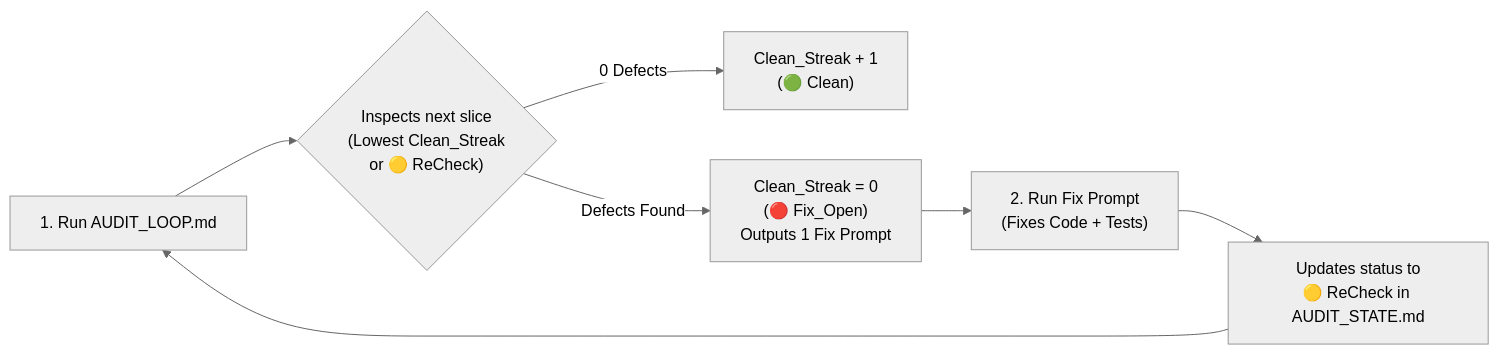
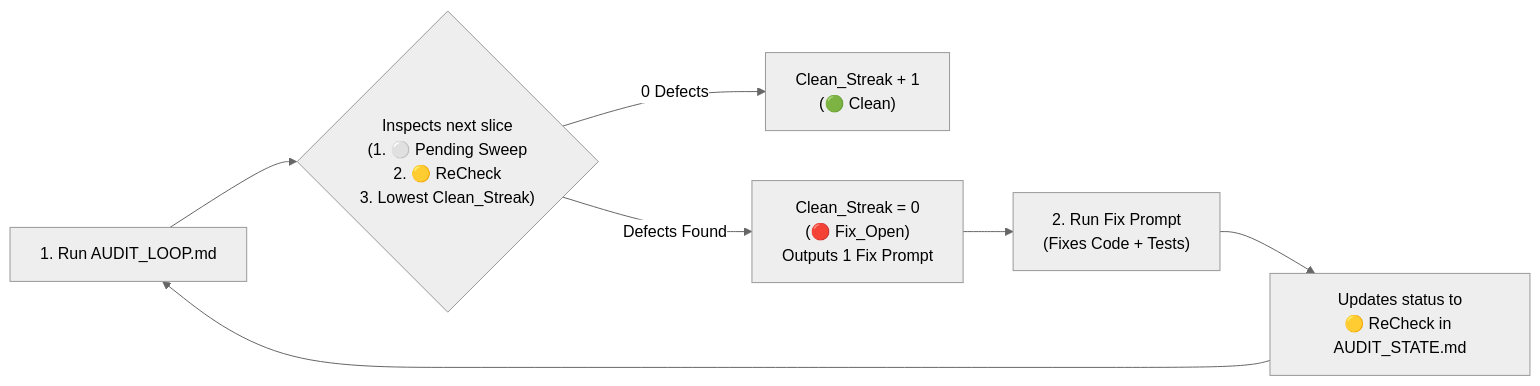
The diagram in prompts/README.md (minutogit/human-money-node), drawn with Mermaid (neutral theme) before and after one commit. The commit also changed other lines of this file and 2 other files, not shown here.

First line of the commit message:
refactor(audit): prioritize initial baseline sweep over re-checks

````diff
--- a/prompts/README.md
+++ b/prompts/README.md
@@ -44,9 +44,9 @@
 ```mermaid
 flowchart LR
-    A["1. Run AUDIT_LOOP.md"] --> B{"Inspects next slice\n(Lowest Clean_Streak\nor 🟡 ReCheck)"}
+    A["1. Run AUDIT_LOOP.md"] --> B{"Inspects next slice\n(1. ⚪ Pending Sweep\n2. 🟡 ReCheck\n3. Lowest Clean_Streak)"}
     B -- "0 Defects" --> C["Clean_Streak + 1\n(🟢 Clean)"]
     B -- "Defects Found" --> D["Clean_Streak = 0\n(🔴 Fix_Open)\nOutputs 1 Fix Prompt"]
     D --> E["2. Run Fix Prompt\n(Fixes Code + Tests)"]
     E --> F["Updates status to\n🟡 ReCheck in AUDIT_STATE.md"]
     F --> A
 ```
````
